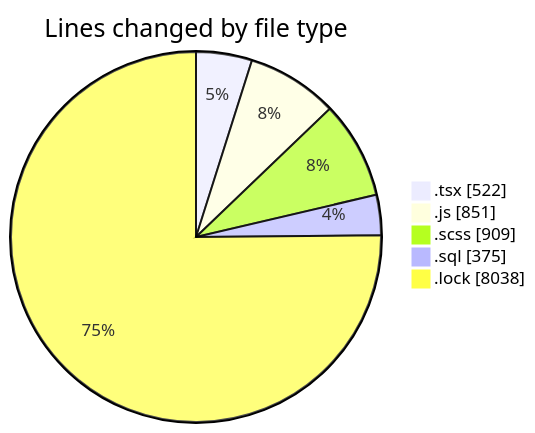
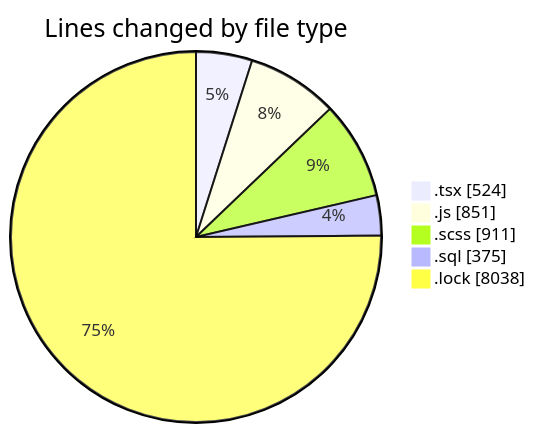
One commit to momahboobian/code-tracking changed the first of 2 diagrams in 2025-03-18/cda/README.md. Above: the diagram before and after it, drawn with Mermaid. The commit also changed other lines of this file and 1 other file, not shown here.

````diff
--- a/2025-03-18/cda/README.md
+++ b/2025-03-18/cda/README.md
@@ -30,9 +30,9 @@
 ```mermaid
 pie showData
 title Lines changed by file type
-".tsx" : 522
+".tsx" : 524
 ".js" : 851
-".scss" : 909
+".scss" : 911
 ".sql" : 375
 ".lock" : 8038
 ```
````
